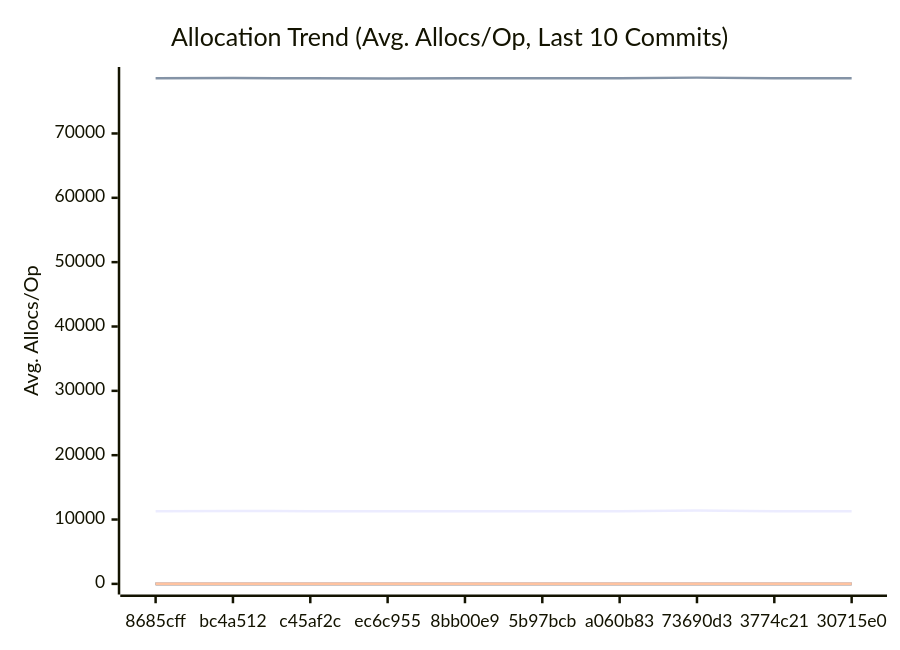
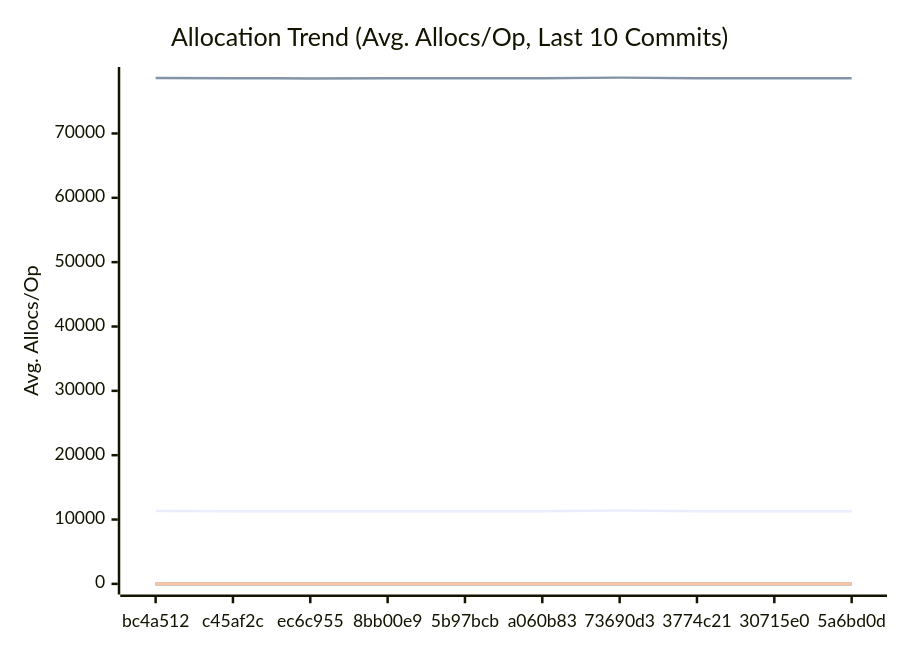
One commit to alsotoes/momo changed the third of 3 diagrams in docs/PERFORMANCE.md. Above: the diagram before and after it, drawn with Mermaid. The commit also changed other lines of this file and 15 other files, not shown here.

````diff
--- a/docs/PERFORMANCE.md
+++ b/docs/PERFORMANCE.md
@@ -198,20 +197,20 @@
 ```mermaid
 xychart-beta
     title "Allocation Trend (Avg. Allocs/Op, Last 10 Commits)"
     x-axis "Commit"
     y-axis "Avg. Allocs/Op"
-    x-axis [8685cff,bc4a512,c45af2c,ec6c955,8bb00e9,5b97bcb,a060b83,73690d3,3774c21,30715e0]
-    line "AWSChunkedReaderSigned" [11295,11329,11303,11273,11278,11291,11291,11422,11290,11296]
-    line "AWSChunkedReaderUnsigned" [78570,78609,78592,78561,78567,78580,78580,78679,78587,78563]
+    x-axis [bc4a512,c45af2c,ec6c955,8bb00e9,5b97bcb,a060b83,73690d3,3774c21,30715e0,5a6bd0d]
+    line "AWSChunkedReaderSigned" [11329,11303,11273,11278,11291,11291,11422,11290,11296,11293]
+    line "AWSChunkedReaderUnsigned" [78609,78592,78561,78567,78580,78580,78679,78587,78563,78569]
     line "CheckMetricsAndSwap" [0,0,0,0,0,0,0,0,0,0]
     line "CrushOptimized" [0,0,0,0,0,0,0,0,0,0]
     line "CrushOriginal" [3,3,3,3,3,3,3,3,3,3]
     line "IndexDirectTracking" [0,0,0,0,0,0,0,0,0,0]
     line "IndexSearch" [0,0,0,0,0,0,0,0,0,0]
-    line "LoadGlobalConfig" [46,46,46,46,46,46,46,46,50,54]
+    line "LoadGlobalConfig" [46,46,46,46,46,46,46,50,54,54]
     line "PadString" [1,1,1,1,1,1,1,1,1,1]
     line "ParseReplicationOrder_NoPrealloc" [6,6,6,6,6,5,5,5,5,5]
     line "ParseReplicationOrder_Prealloc" [2,2,2,2,2,1,1,1,1,1]
     line "SanitizeLog/Safe" [0,0,0,0,0,0,0,0,0,0]
     line "SanitizeLog/Unsafe" [1,1,1,1,1,1,1,1,1,1]
 ```
````
